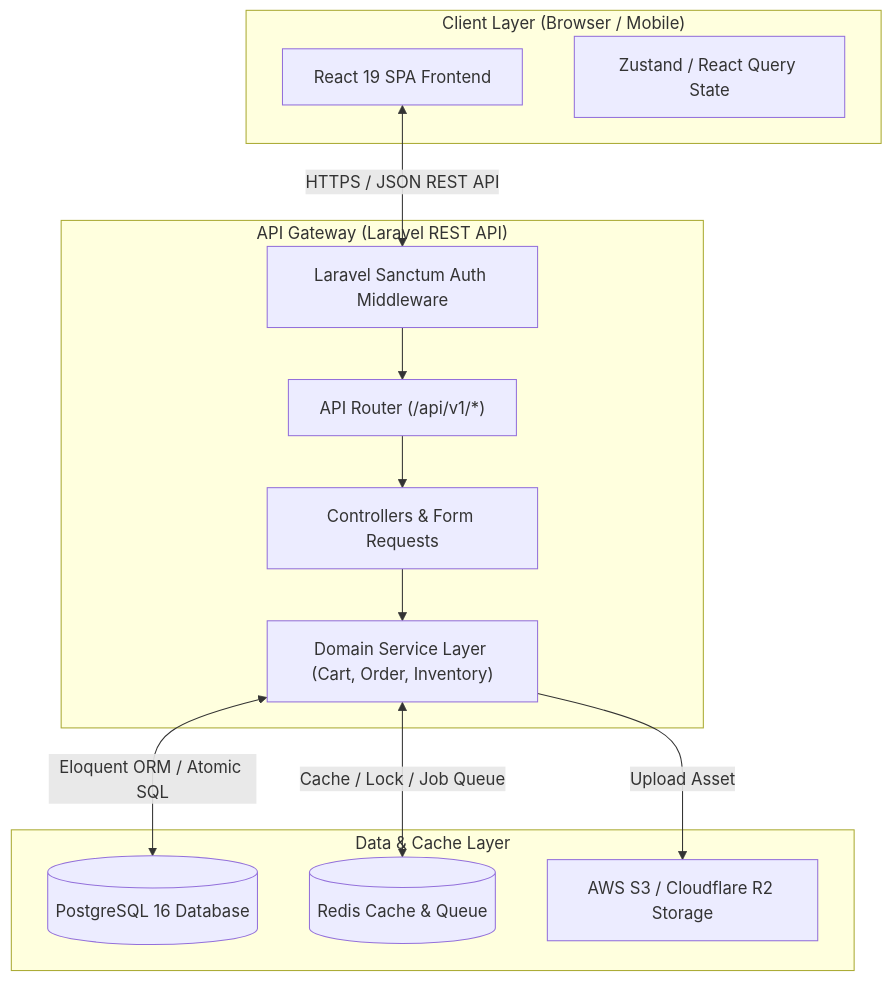
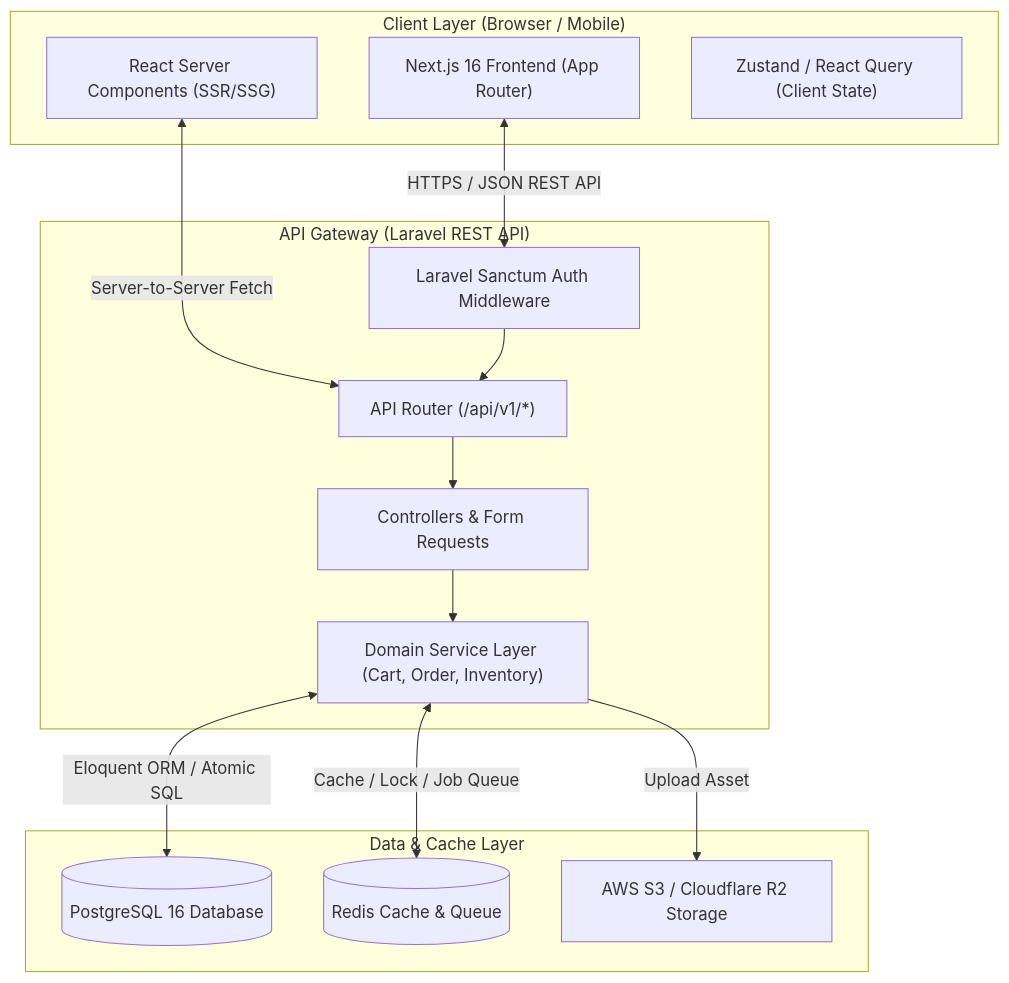
Before and after one commit to Nishieeee/e-commerce-sample: the first of 4 diagrams in PROJECT_DOCUMENTATION.md, drawn with Mermaid. The commit also changed other lines of this file and 39 other files, not shown here.

Commit message:
update: frontend stack to next.js

````diff
--- a/PROJECT_DOCUMENTATION.md
+++ b/PROJECT_DOCUMENTATION.md
@@ -98,28 +98,30 @@
 ```mermaid
 graph TD
     subgraph Client Layer ["Client Layer (Browser / Mobile)"]
-        UI["React 19 SPA Frontend"]
-        Zustand["Zustand / React Query State"]
+        UI["Next.js 16 Frontend (App Router)"]
+        RSC["React Server Components (SSR/SSG)"]
+        State["Zustand / React Query (Client State)"]
     end
 
     subgraph API Gateway ["API Gateway (Laravel REST API)"]
         Sanctum["Laravel Sanctum Auth Middleware"]
         Router["API Router (/api/v1/*)"]
         Controllers["Controllers & Form Requests"]
         Services["Domain Service Layer (Cart, Order, Inventory)"]
     end
 
     subgraph Data & Storage ["Data & Cache Layer"]
         PG[(PostgreSQL 16 Database)]
         Redis[(Redis Cache & Queue)]
         S3[AWS S3 / Cloudflare R2 Storage]
     end
 
     UI <-->|HTTPS / JSON REST API| Sanctum
+    RSC <-->|Server-to-Server Fetch| Router
     Sanctum --> Router
     Router --> Controllers
     Controllers --> Services
     Services <-->|Eloquent ORM / Atomic SQL| PG
     Services <-->|Cache / Lock / Job Queue| Redis
     Services -->|Upload Asset| S3
 ```
````
